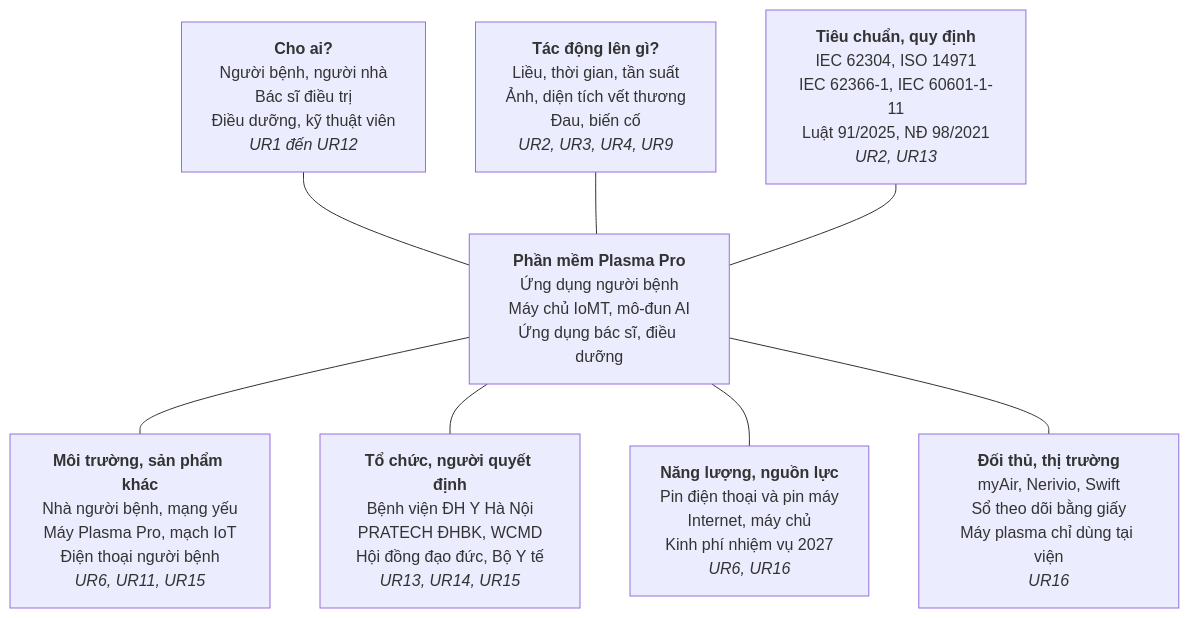
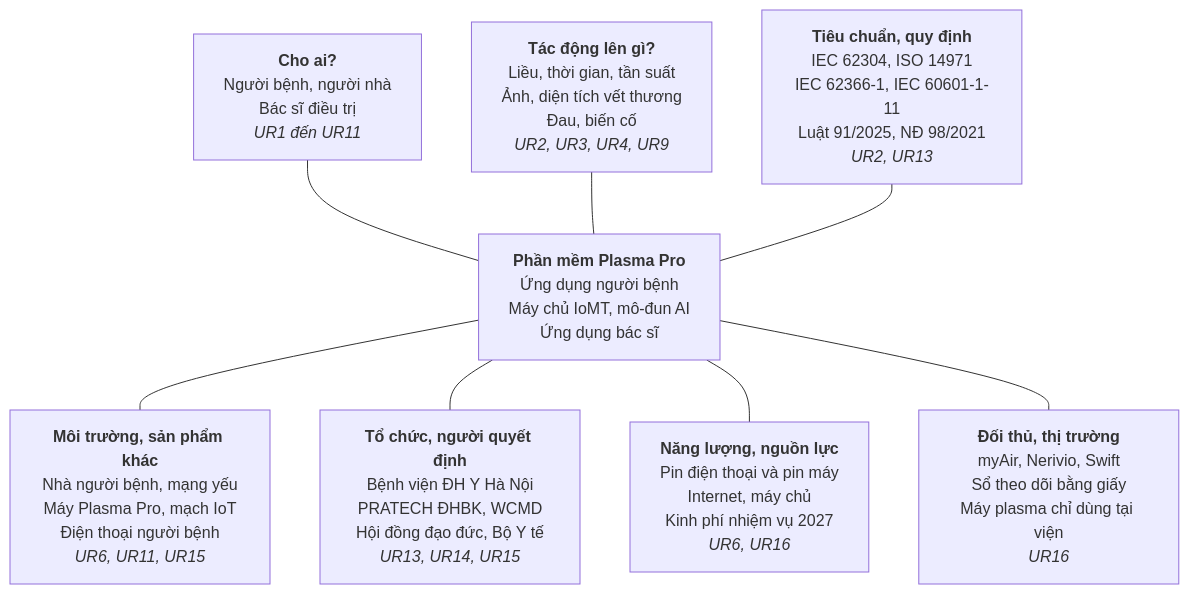
One commit to mducnguyen610/PlasmaProApp changed the diagram in docs/thiet-ke/03-nhu-cau-nguoi-dung.md. Above: the diagram before and after it, drawn with Mermaid. The commit also changed other lines of this file and 6 other files, not shown here.

First line of the commit message:
Chốt bộ vai trò: chỉ bác sĩ và người bệnh

````diff
--- a/docs/thiet-ke/03-nhu-cau-nguoi-dung.md
+++ b/docs/thiet-ke/03-nhu-cau-nguoi-dung.md
@@ -28,18 +28,18 @@
 ```mermaid
 flowchart TB
-  P["<b>Phần mềm Plasma Pro</b><br/>Ứng dụng người bệnh<br/>Máy chủ IoMT, mô-đun AI<br/>Ứng dụng bác sĩ, điều dưỡng"]
-  WHO["<b>Cho ai?</b><br/>Người bệnh, người nhà<br/>Bác sĩ điều trị<br/>Điều dưỡng, kỹ thuật viên<br/><i>UR1 đến UR12</i>"]
+  P["<b>Phần mềm Plasma Pro</b><br/>Ứng dụng người bệnh<br/>Máy chủ IoMT, mô-đun AI<br/>Ứng dụng bác sĩ"]
+  WHO["<b>Cho ai?</b><br/>Người bệnh, người nhà<br/>Bác sĩ điều trị<br/><i>UR1 đến UR11</i>"]
   ACT["<b>Tác động lên gì?</b><br/>Liều, thời gian, tần suất<br/>Ảnh, diện tích vết thương<br/>Đau, biến cố<br/><i>UR2, UR3, UR4, UR9</i>"]
   NORM["<b>Tiêu chuẩn, quy định</b><br/>IEC 62304, ISO 14971<br/>IEC 62366-1, IEC 60601-1-11<br/>Luật 91/2025, NĐ 98/2021<br/><i>UR2, UR13</i>"]
   ENV["<b>Môi trường, sản phẩm khác</b><br/>Nhà người bệnh, mạng yếu<br/>Máy Plasma Pro, mạch IoT<br/>Điện thoại người bệnh<br/><i>UR6, UR11, UR15</i>"]
   ORG["<b>Tổ chức, người quyết định</b><br/>Bệnh viện ĐH Y Hà Nội<br/>PRATECH ĐHBK, WCMD<br/>Hội đồng đạo đức, Bộ Y tế<br/><i>UR13, UR14, UR15</i>"]
   EN["<b>Năng lượng, nguồn lực</b><br/>Pin điện thoại và pin máy<br/>Internet, máy chủ<br/>Kinh phí nhiệm vụ 2027<br/><i>UR6, UR16</i>"]
   COMP["<b>Đối thủ, thị trường</b><br/>myAir, Nerivio, Swift<br/>Sổ theo dõi bằng giấy<br/>Máy plasma chỉ dùng tại viện<br/><i>UR16</i>"]
   WHO --- P
   ACT --- P
   NORM --- P
   P --- ENV
   P --- ORG
   P --- EN
   P --- COMP
 ```
````
